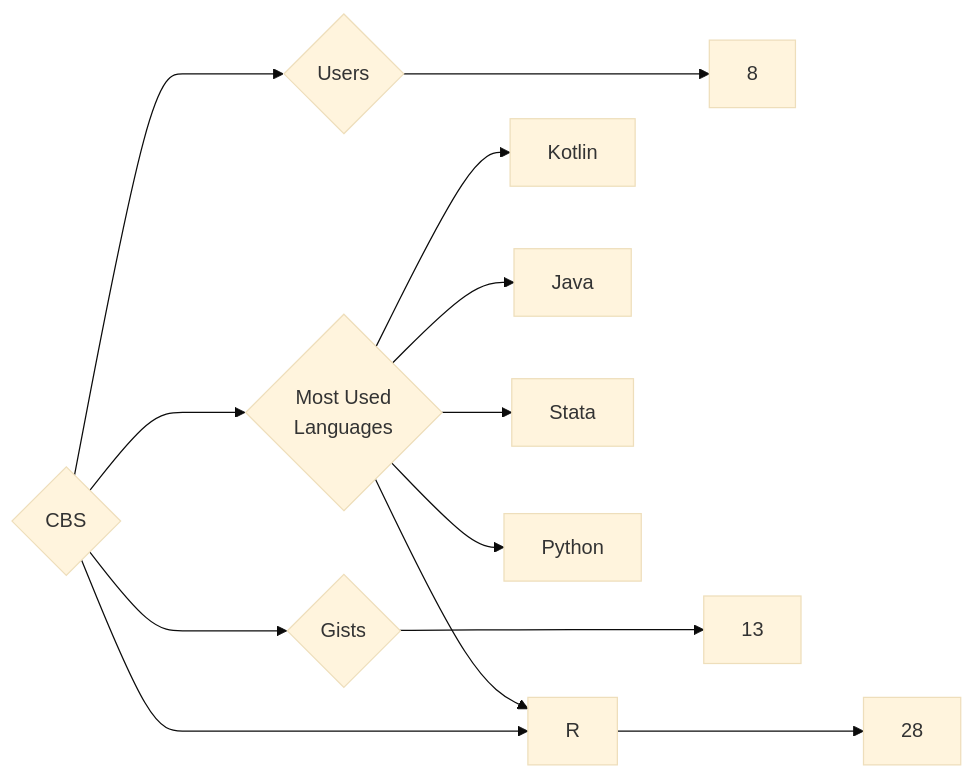
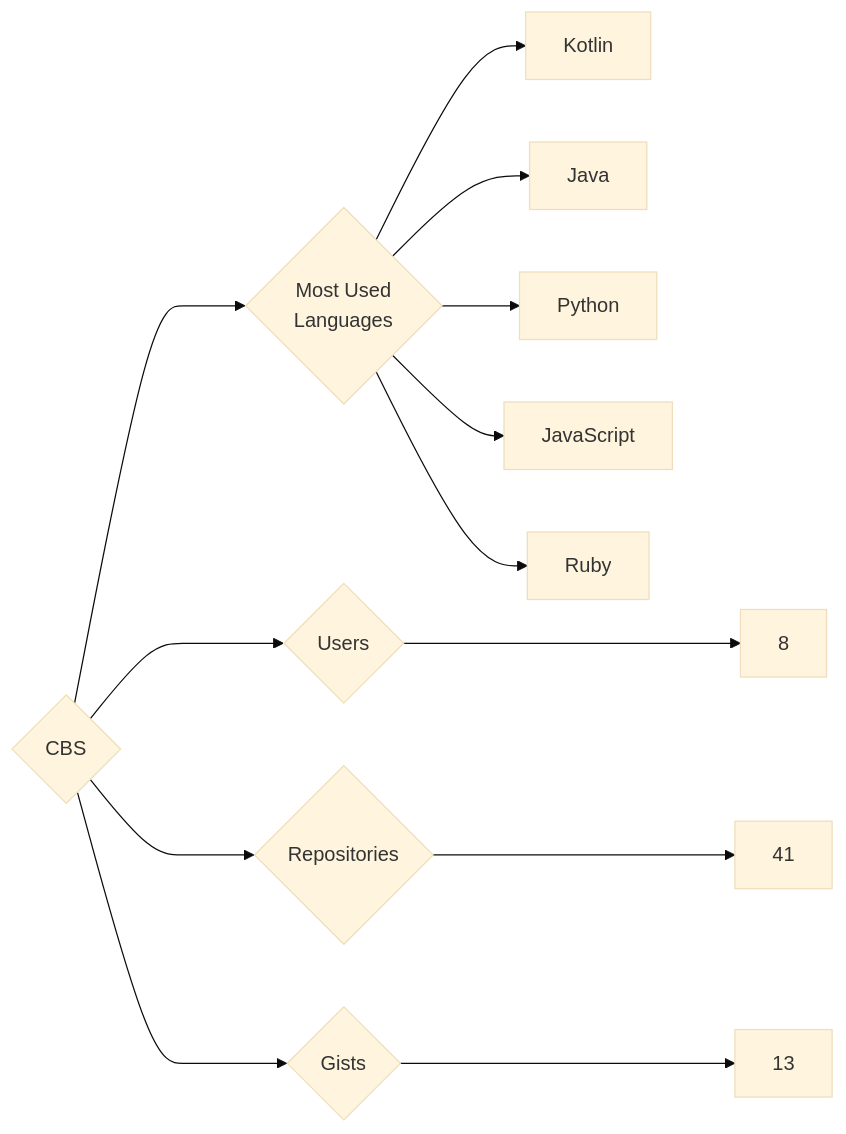
The diagram in targets/CBS/README.md (trickest/insiders), drawn with Mermaid (base theme) before and after one commit. The commit also changed 935 other files, not shown here.

````diff
--- a/targets/CBS/README.md
+++ b/targets/CBS/README.md
@@ -3,13 +3,13 @@
 ```mermaid
 graph LR
 COMPANY_NAME{CBS}
 COMPANY_NAME ---> U{Users} ---> UN[8]
-COMPANY_NAME ---> R{Repositories} ---> RN[28]
+COMPANY_NAME ---> R{Repositories} ---> RN[41]
 COMPANY_NAME ---> G{Gists} ---> GN[13]
 COMPANY_NAME ---> ML{Most Used<br>Languages}
 ML --> Kotlin[Kotlin]
 ML --> Java[Java]
-ML --> R[R]
-ML --> Stata[Stata]
 ML --> Python[Python]
+ML --> JavaScript[JavaScript]
+ML --> Ruby[Ruby]
 ```
````
